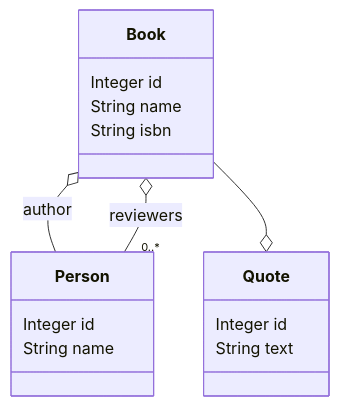
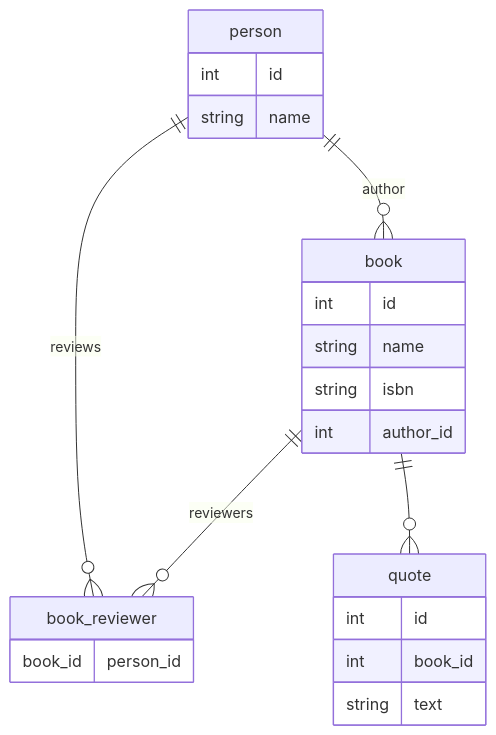
Before and after one commit to Fradantim/spring-graphql-2-jpa: the diagram in README.md, drawn with Mermaid. The commit also changed other lines of this file and 2 other files, not shown here.

Commit message:
update entity relation diagram, fixed typos

````diff
--- a/README.md
+++ b/README.md
@@ -8,19 +8,30 @@
 ``` mermaid
-classDiagram
-class Book{
-    Integer id
-    String name
-    String isbn
+erDiagram
+book {
+  int id
+  string name
+  string isbn
+  int author_id
 }
-class Person{
-    Integer id
-    String name
+
+person {
+  int id
+  string name
 }
-class Quote{
-    Integer id
-    String text
+
+quote {
+  int id
+  int book_id
+  string text
 }
-Book o-- Person : author
-Book o-- "0..*" Person : reviewers
-Book --o Quote
+
+book_reviewer {
+  book_id
+  person_id
+}
+
+book ||--o{ book_reviewer : "reviewers"
+person ||--o{ book_reviewer : "reviews"
+person ||--o{ book : "author"
+book ||--o{ quote : ""
 ```
````
